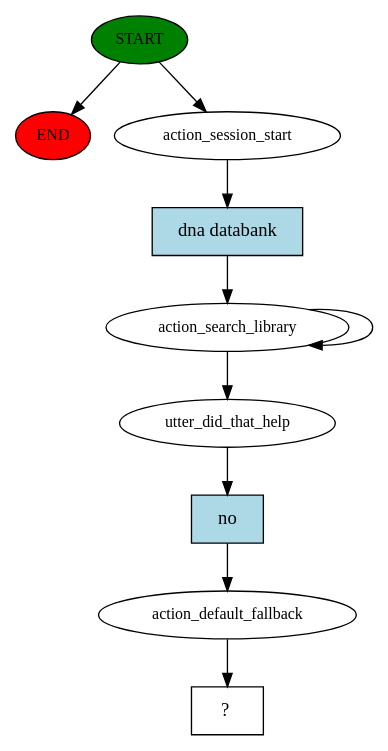
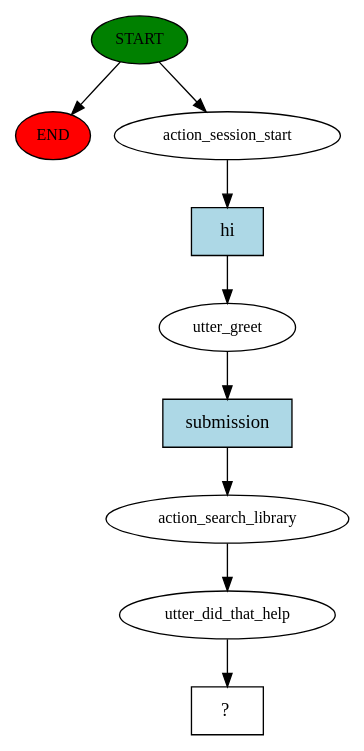
One commit to aoruize/rasa-cfs changed the diagram in story_graph.dot. Above: the diagram before and after it, drawn with Graphviz. The commit also changed 6 other files, not shown here.

```diff
--- a/story_graph.dot
+++ b/story_graph.dot
@@ -1,20 +1,19 @@
 digraph  {
 0 [class="start active", fillcolor=green, fontsize=12, label=START, style=filled];
 "-1" [class=end, fillcolor=red, fontsize=12, label=END, style=filled];
 1 [class=active, fontsize=12, label=action_session_start];
-2 [class=active, fontsize=12, label=action_search_library];
+2 [class=active, fontsize=12, label=utter_greet];
+3 [class=active, fontsize=12, label=action_search_library];
 4 [class=active, fontsize=12, label=utter_did_that_help];
-5 [class=active, fontsize=12, label=action_default_fallback];
-6 [class="intent dashed active", label="  ?  ", shape=rect];
-7 [class="intent active", fillcolor=lightblue, label="dna databank", shape=rect, style=filled];
-8 [class="intent active", fillcolor=lightblue, label=no, shape=rect, style=filled];
+5 [class="intent dashed active", label="  ?  ", shape=rect];
+6 [class="intent active", fillcolor=lightblue, label=hi, shape=rect, style=filled];
+7 [class="intent active", fillcolor=lightblue, label=submission, shape=rect, style=filled];
 0 -> "-1"  [class="", key=NONE, label=""];
 0 -> 1  [class=active, key=NONE, label=""];
-1 -> 7  [class=active, key=0];
-2 -> 4  [class=active, key=NONE, label=""];
-2 -> 2  [class=active, key=NONE, label=""];
-4 -> 8  [class=active, key=0];
-5 -> 6  [class=active, key=NONE, label=""];
-7 -> 2  [class=active, key=0];
-8 -> 5  [class=active, key=0];
+1 -> 6  [class=active, key=0];
+2 -> 7  [class=active, key=0];
+3 -> 4  [class=active, key=NONE, label=""];
+4 -> 5  [class=active, key=NONE, label=""];
+6 -> 2  [class=active, key=0];
+7 -> 3  [class=active, key=0];
 }
```
